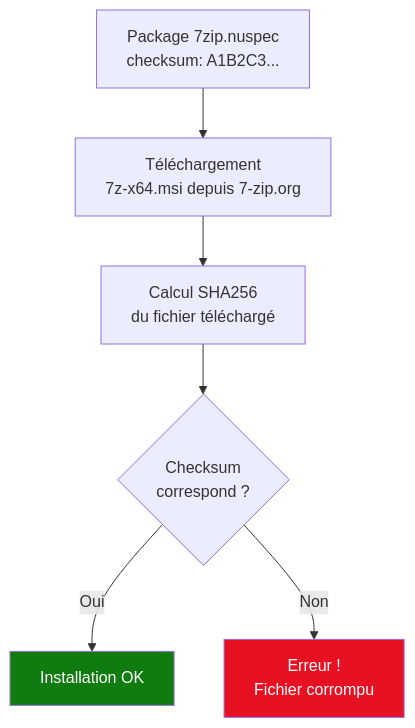
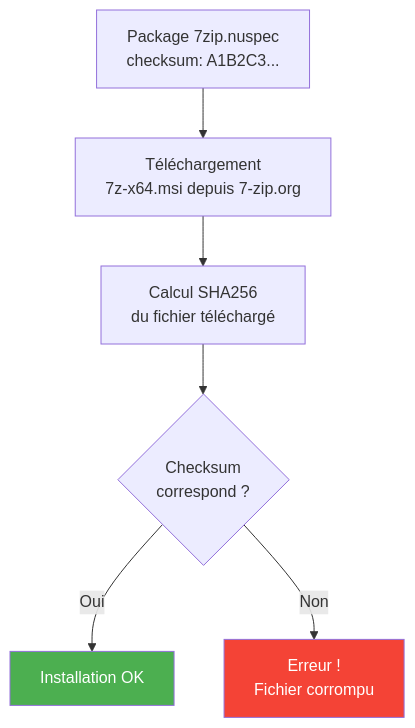
Before and after one commit to VBlackJack/ShellBook: the second of 2 diagrams in docs/formations/chocolatey/01-module.md, drawn with Mermaid. The commit also changed other lines of this file and 337 other files, not shown here.

First line of the commit message:
refactor(docs): Standardize code blocks and Mermaid colors

````diff
--- a/docs/formations/chocolatey/01-module.md
+++ b/docs/formations/chocolatey/01-module.md
@@ -208,18 +208,18 @@
 ```mermaid
 flowchart TD
     PKG[Package 7zip.nuspec<br/>checksum: A1B2C3...]
     DL[Téléchargement<br/>7z-x64.msi depuis 7-zip.org]
     CALC[Calcul SHA256<br/>du fichier téléchargé]
     CMP{Checksum<br/>correspond ?}
     INSTALL[Installation OK]
     ABORT[Erreur !<br/>Fichier corrompu]
 
     PKG --> DL
     DL --> CALC
     CALC --> CMP
     CMP -->|Oui| INSTALL
     CMP -->|Non| ABORT
 
-    style INSTALL fill:#107C10,color:#fff
-    style ABORT fill:#E81123,color:#fff
+    style INSTALL fill:#4CAF50,color:#fff
+    style ABORT fill:#f44336,color:#fff
 ```
````
